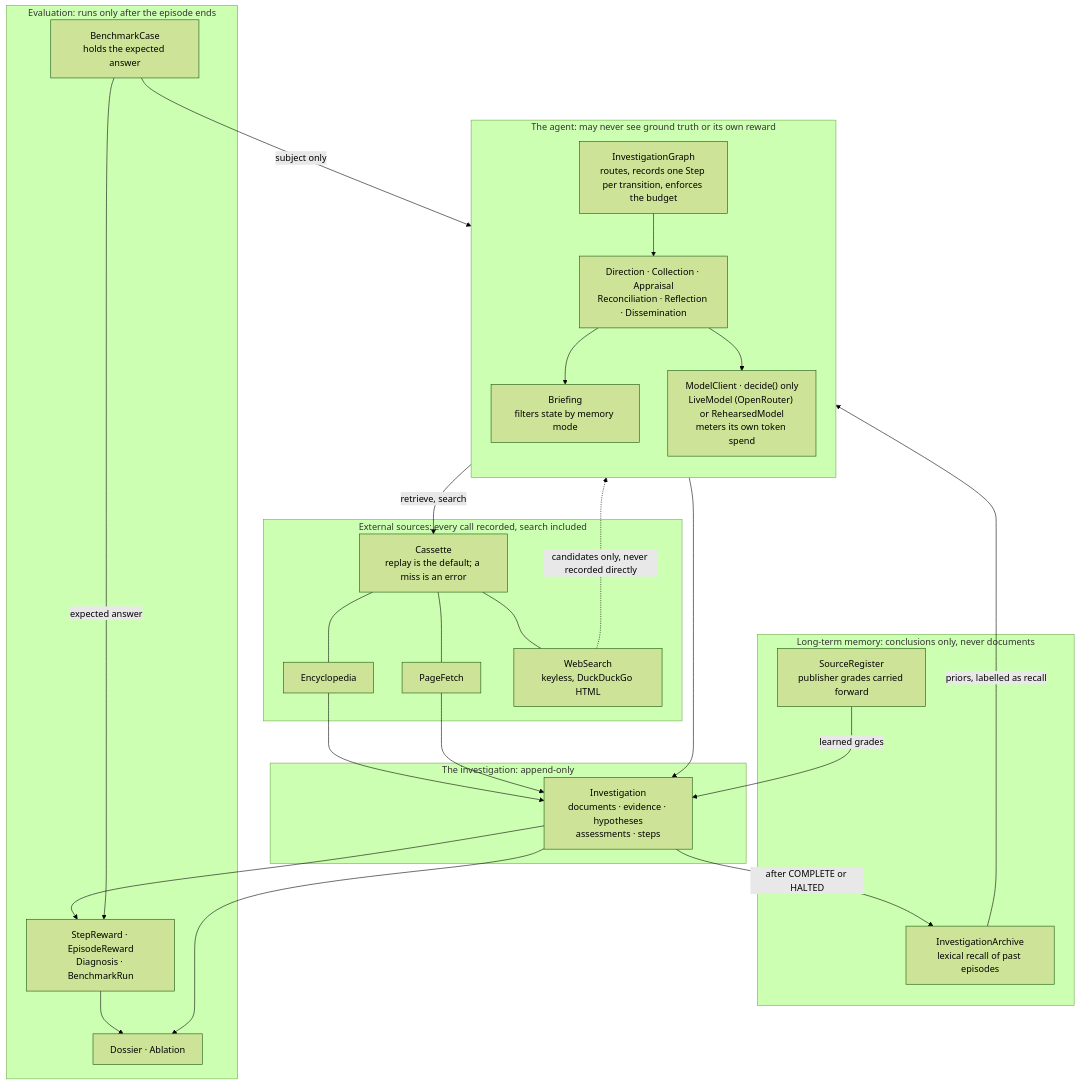
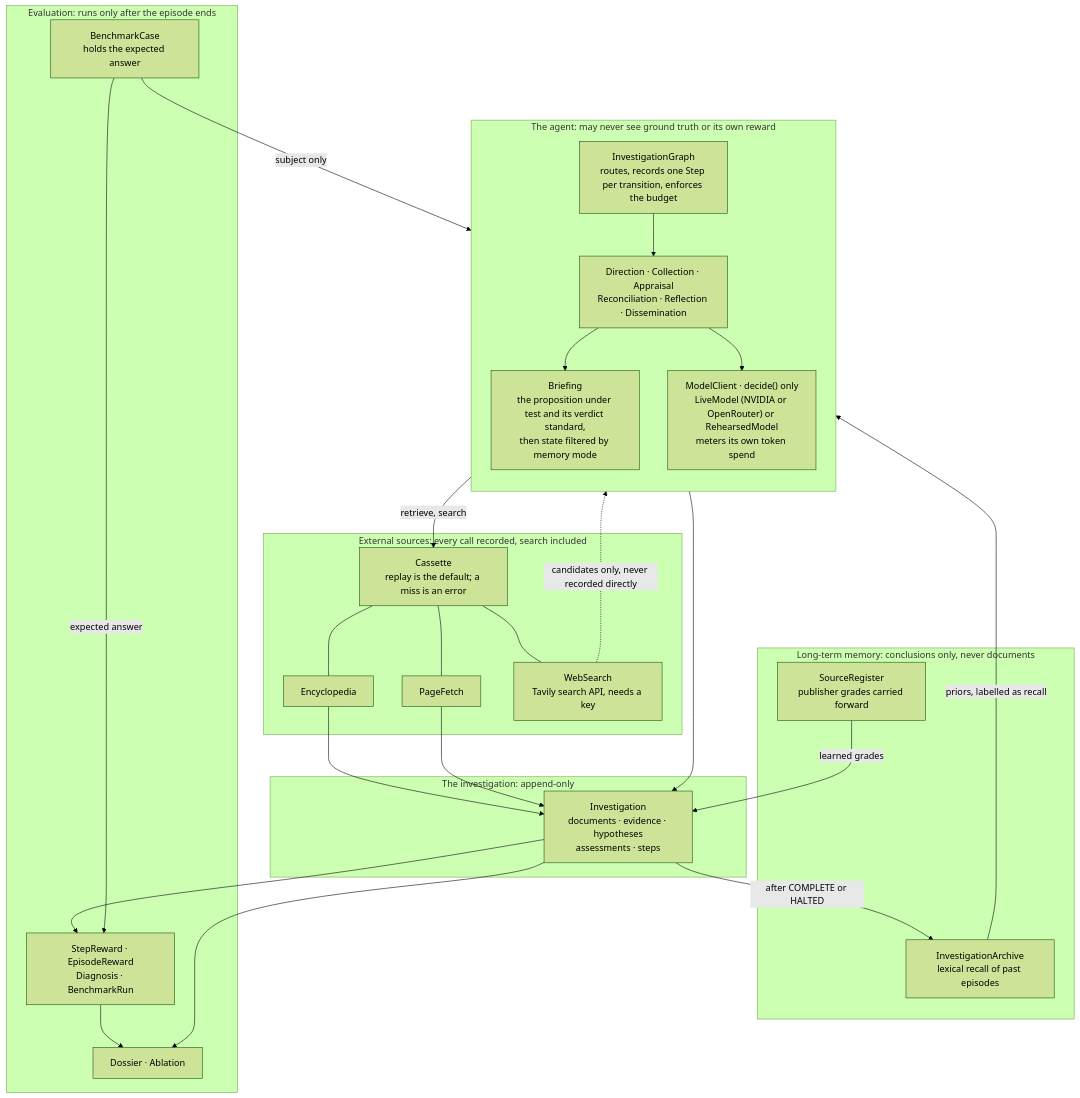
The second of 2 diagrams in docs/architecture.md (Kritantasasanroy/agentic-osint-harness), drawn with Mermaid (forest theme) before and after one commit. The commit also changed other lines of this file and 18 other files, not shown here.

````diff
--- a/docs/architecture.md
+++ b/docs/architecture.md
@@ -42,52 +48,52 @@
 ```mermaid
 flowchart TB
     subgraph agent["The agent: may never see ground truth or its own reward"]
         direction TB
         MACHINE["InvestigationGraph<br/>routes, records one Step per transition, enforces the budget"]
         PHASES["Direction · Collection · Appraisal<br/>Reconciliation · Reflection · Dissemination"]
-        BRIEF["Briefing<br/>filters state by memory mode"]
-        MODEL["ModelClient · decide() only<br/>LiveModel (OpenRouter) or RehearsedModel<br/>meters its own token spend"]
+        BRIEF["Briefing<br/>the proposition under test and its verdict standard,<br/>then state filtered by memory mode"]
+        MODEL["ModelClient · decide() only<br/>LiveModel (NVIDIA or OpenRouter) or RehearsedModel<br/>meters its own token spend"]
         MACHINE --> PHASES
         PHASES --> BRIEF
         PHASES --> MODEL
     end
 
     subgraph outside["External sources: every call recorded, search included"]
         CASS["Cassette<br/>replay is the default; a miss is an error"]
         ENC["Encyclopedia"]
         PAGE["PageFetch"]
-        SEARCH["WebSearch<br/>keyless, DuckDuckGo HTML"]
+        SEARCH["WebSearch<br/>Tavily search API, needs a key"]
         CASS --- ENC
         CASS --- PAGE
         CASS --- SEARCH
     end
 
     subgraph mem["Long-term memory: conclusions only, never documents"]
         ARCH["InvestigationArchive<br/>lexical recall of past episodes"]
         REG["SourceRegister<br/>publisher grades carried forward"]
     end
 
     subgraph record["The investigation: append-only"]
         INV["Investigation<br/>documents · evidence · hypotheses<br/>assessments · steps"]
     end
 
     subgraph eval["Evaluation: runs only after the episode ends"]
         CASE["BenchmarkCase<br/>holds the expected answer"]
         SCORE["StepReward · EpisodeReward<br/>Diagnosis · BenchmarkRun"]
         REPORT["Dossier · Ablation"]
     end
 
     PHASES -->|"retrieve, search"| CASS
     ENC --> INV
     PAGE --> INV
     SEARCH -.->|"candidates only, never recorded directly"| PHASES
     ARCH -->|"priors, labelled as recall"| BRIEF
     REG -->|"learned grades"| INV
     PHASES --> INV
     INV -->|"after COMPLETE or HALTED"| ARCH
     INV --> SCORE
     CASE -->|"subject only"| MACHINE
     CASE -->|"expected answer"| SCORE
     SCORE --> REPORT
     INV --> REPORT
 ```
````
